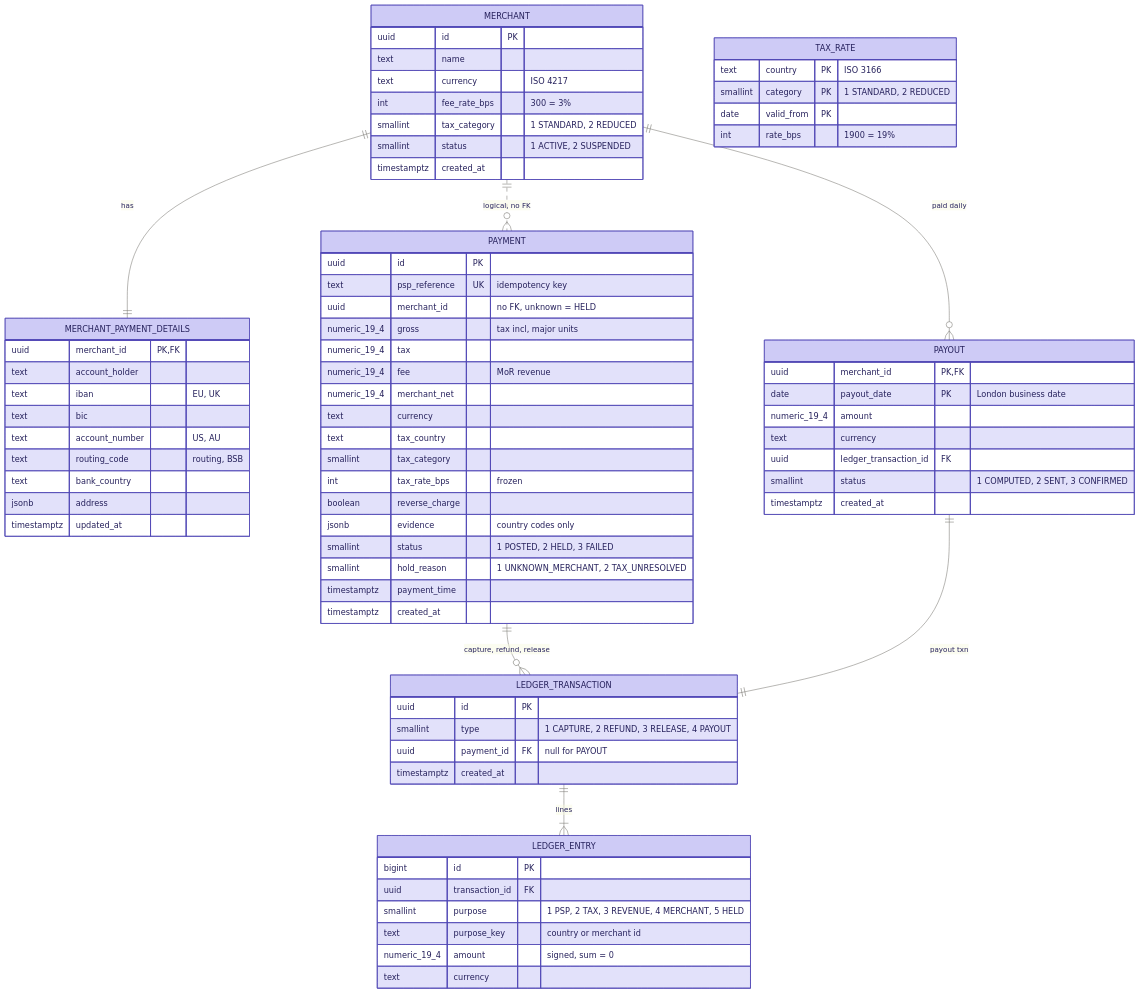
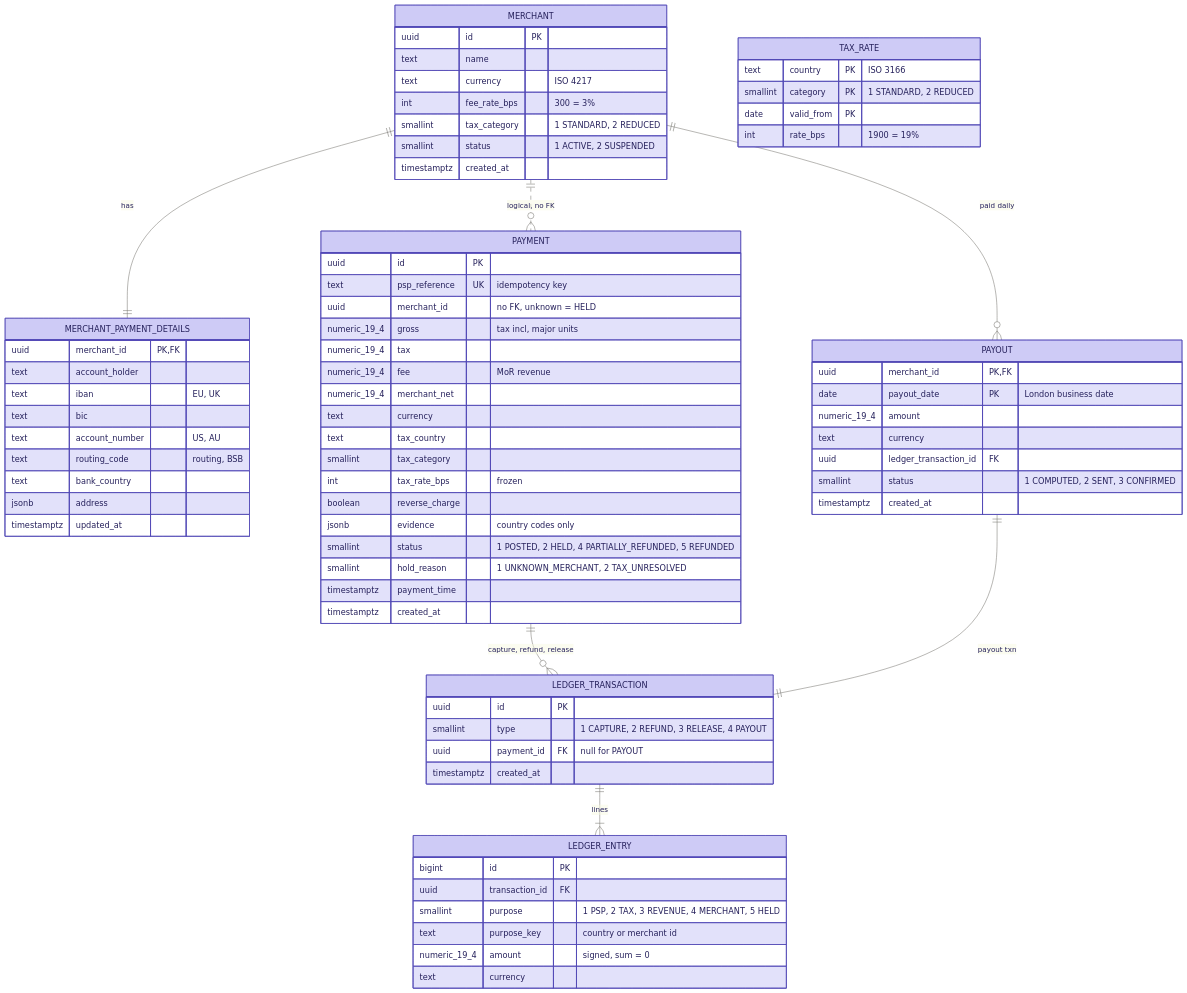
The fifth of 5 diagrams in README.md (Pixhunter/Ledger), drawn with Mermaid before and after one commit. The commit also changed other lines of this file and 43 other files, not shown here.

````diff
--- a/README.md
+++ b/README.md
@@ -618,82 +627,82 @@
 ```mermaid
 %%{init: {"theme": "base", "themeVariables": {
   "primaryColor": "#CECBF6", "primaryTextColor": "#26215C",
   "primaryBorderColor": "#534AB7", "lineColor": "#73726c",
   "attributeBackgroundColorOdd": "#FFFFFF",
   "attributeBackgroundColorEven": "#F1EFE8"}}}%%
 erDiagram
   MERCHANT ||--|| MERCHANT_PAYMENT_DETAILS : has
   MERCHANT ||..o{ PAYMENT : "logical, no FK"
   PAYMENT ||--o{ LEDGER_TRANSACTION : "capture, refund, release"
   LEDGER_TRANSACTION ||--|{ LEDGER_ENTRY : lines
   MERCHANT ||--o{ PAYOUT : "paid daily"
   PAYOUT ||--|| LEDGER_TRANSACTION : "payout txn"
   MERCHANT {
     uuid id PK
     text name
     text currency "ISO 4217"
     int fee_rate_bps "300 = 3%"
     smallint tax_category "1 STANDARD, 2 REDUCED"
     smallint status "1 ACTIVE, 2 SUSPENDED"
     timestamptz created_at
   }
   MERCHANT_PAYMENT_DETAILS {
     uuid merchant_id PK,FK
     text account_holder
     text iban "EU, UK"
     text bic
     text account_number "US, AU"
     text routing_code "routing, BSB"
     text bank_country
     jsonb address
     timestamptz updated_at
   }
   TAX_RATE {
     text country PK "ISO 3166"
     smallint category PK "1 STANDARD, 2 REDUCED"
     date valid_from PK
     int rate_bps "1900 = 19%"
   }
   PAYMENT {
     uuid id PK
     text psp_reference UK "idempotency key"
     uuid merchant_id "no FK, unknown = HELD"
     numeric_19_4 gross "tax incl, major units"
     numeric_19_4 tax
     numeric_19_4 fee "MoR revenue"
     numeric_19_4 merchant_net
     text currency
     text tax_country
     smallint tax_category
     int tax_rate_bps "frozen"
     boolean reverse_charge
     jsonb evidence "country codes only"
-    smallint status "1 POSTED, 2 HELD, 3 FAILED"
+    smallint status "1 POSTED, 2 HELD, 4 PARTIALLY_REFUNDED, 5 REFUNDED"
     smallint hold_reason "1 UNKNOWN_MERCHANT, 2 TAX_UNRESOLVED"
     timestamptz payment_time
     timestamptz created_at
   }
   LEDGER_TRANSACTION {
     uuid id PK
     smallint type "1 CAPTURE, 2 REFUND, 3 RELEASE, 4 PAYOUT"
     uuid payment_id FK "null for PAYOUT"
     timestamptz created_at
   }
   LEDGER_ENTRY {
     bigint id PK
     uuid transaction_id FK
     smallint purpose "1 PSP, 2 TAX, 3 REVENUE, 4 MERCHANT, 5 HELD"
     text purpose_key "country or merchant id"
     numeric_19_4 amount "signed, sum = 0"
     text currency
   }
   PAYOUT {
     uuid merchant_id PK,FK
     date payout_date PK "London business date"
     numeric_19_4 amount
     text currency
     uuid ledger_transaction_id FK
     smallint status "1 COMPUTED, 2 SENT, 3 CONFIRMED"
     timestamptz created_at
   }
 ```
````
